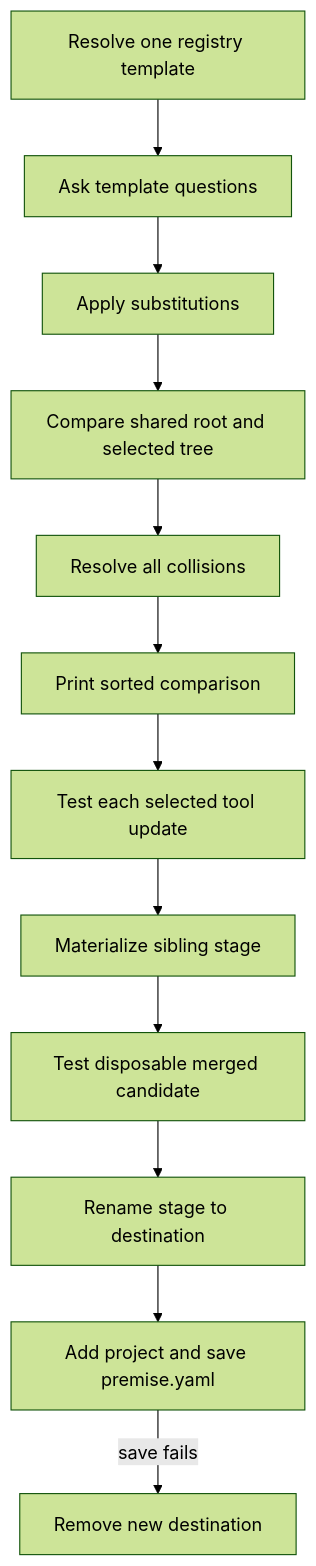
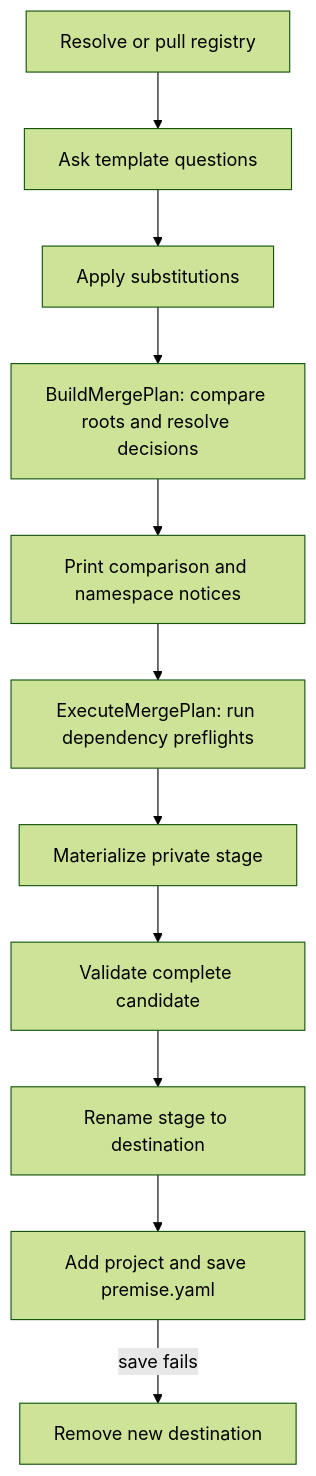
Before and after one commit to cloudvoyant/premise: the diagram in docs/architecture.md, drawn with Mermaid (forest theme). The commit also changed other lines of this file and 19 other files, not shown here.

First line of the commit message:
refactor(templates): simplify root merge execution

````diff
--- a/docs/architecture.md
+++ b/docs/architecture.md
@@ -22,14 +21,13 @@
 ```mermaid
 flowchart TD
-  A[Resolve one registry template] --> B[Ask template questions]
+  A[Resolve or pull registry] --> B[Ask template questions]
   B --> C[Apply substitutions]
-  C --> D[Compare shared root and selected tree]
-  D --> E[Resolve all collisions]
-  E --> F[Print sorted comparison]
-  F --> G[Test each selected tool update]
-  G --> H[Materialize sibling stage]
-  H --> I[Test disposable merged candidate]
-  I --> J[Rename stage to destination]
-  J --> K[Add project and save premise.yaml]
-  K -->|save fails| L[Remove new destination]
+  C --> D[BuildMergePlan: compare roots and resolve decisions]
+  D --> E[Print comparison and namespace notices]
+  E --> F[ExecuteMergePlan: run dependency preflights]
+  F --> G[Materialize private stage]
+  G --> H[Validate complete candidate]
+  H --> I[Rename stage to destination]
+  I --> J[Add project and save premise.yaml]
+  J -->|save fails| K[Remove new destination]
 ```
````
